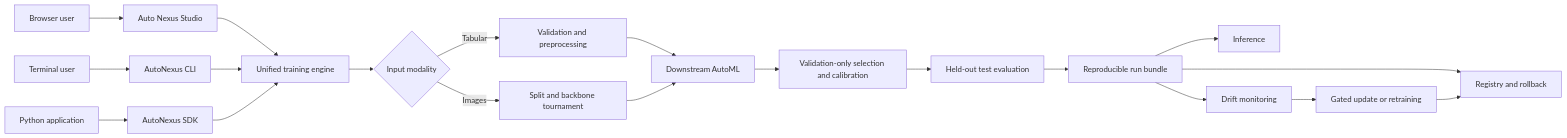
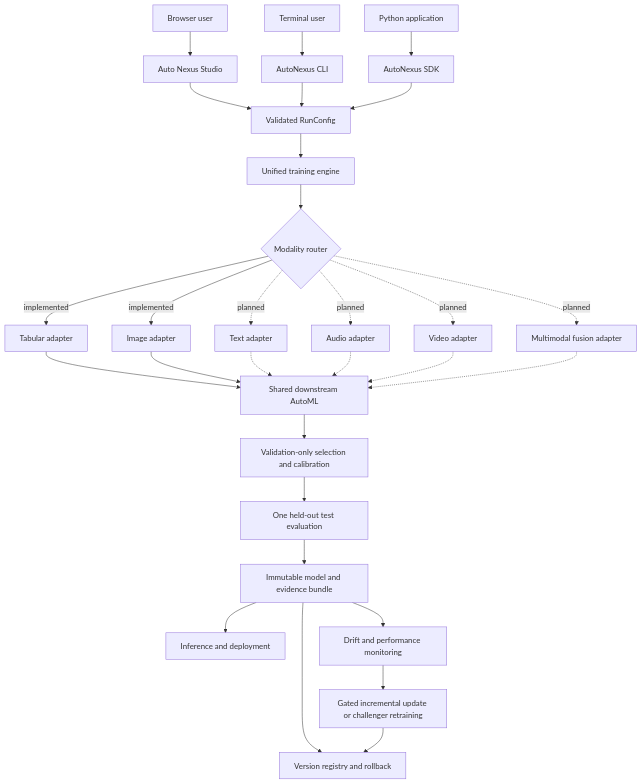
One commit to dineshmc1/AutoNexus changed the first of 10 diagrams in README.md. Above: the diagram before and after it, drawn with Mermaid. The commit also changed other lines of this file and 1 other file, not shown here.

Commit message:
docs: update README and documentation to reflect AutoNexus 0.3.0 release, architecture, and modality pipelines

````diff
--- a/README.md
+++ b/README.md
@@ -127,25 +134,34 @@
 ```mermaid
-flowchart LR
+flowchart TB
     Browser[Browser user] --> Studio[Auto Nexus Studio]
     User[Terminal user] --> CLI[AutoNexus CLI]
     App[Python application] --> SDK[AutoNexus SDK]
-    Studio --> Engine[Unified training engine]
-    CLI --> Engine[Unified training engine]
-    SDK --> Engine
+    Studio --> Contract[Validated RunConfig]
+    CLI --> Contract
+    SDK --> Contract
+    Contract --> Engine[Unified training engine]
 
-    Engine --> Input{Input modality}
-    Input -->|Tabular| Tabular[Validation and preprocessing]
-    Input -->|Images| Vision[Split and backbone tournament]
-    Tabular --> Search[Downstream AutoML]
-    Vision --> Search
+    Engine --> Router{Modality router}
+    Router -->|implemented| Tabular[Tabular adapter]
+    Router -->|implemented| Image[Image adapter]
+    Router -.->|planned| Text[Text adapter]
+    Router -.->|planned| Audio[Audio adapter]
+    Router -.->|planned| Video[Video adapter]
+    Router -.->|planned| Fusion[Multimodal fusion adapter]
 
+    Tabular --> Search[Shared downstream AutoML]
+    Image --> Search
+    Text -.-> Search
+    Audio -.-> Search
+    Video -.-> Search
+    Fusion -.-> Search
     Search --> Gate[Validation-only selection and calibration]
-    Gate --> Test[Held-out test evaluation]
-    Test --> Bundle[Reproducible run bundle]
+    Gate --> Test[One held-out test evaluation]
+    Test --> Bundle[Immutable model and evidence bundle]
 
-    Bundle --> Predict[Inference]
-    Bundle --> Monitor[Drift monitoring]
-    Bundle --> Registry[Registry and rollback]
-    Monitor --> Update[Gated update or retraining]
+    Bundle --> Predict[Inference and deployment]
+    Bundle --> Monitor[Drift and performance monitoring]
+    Bundle --> Registry[Version registry and rollback]
+    Monitor --> Update[Gated incremental update or challenger retraining]
     Update --> Registry
 ```
````
